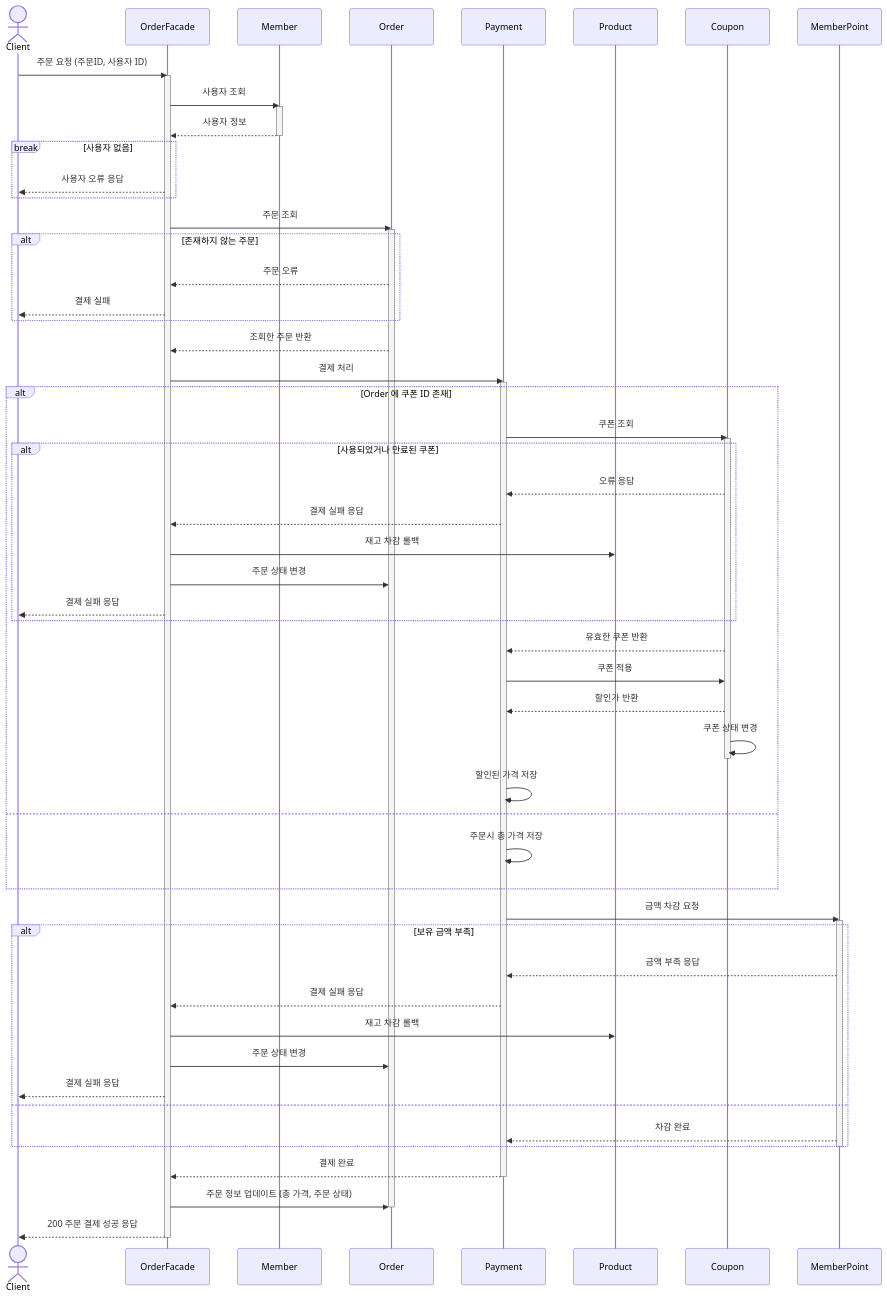
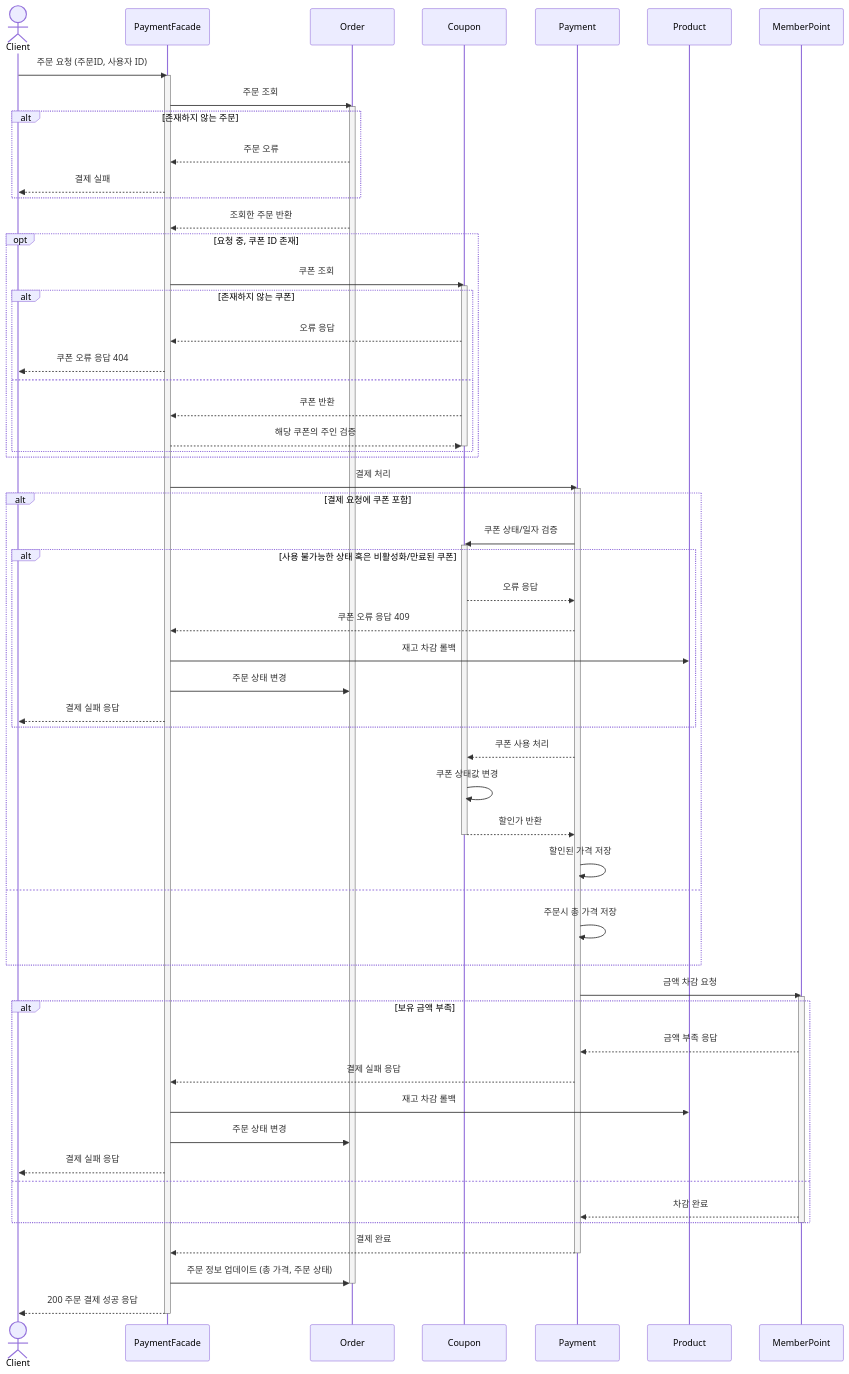
Before and after one commit to hjlee5701/e-commerce: the diagram in docs/diagram/sequence/OrderPaymentSequence.md, drawn with Mermaid. The commit also changed 4 other files, not shown here.

````diff
--- a/docs/diagram/sequence/OrderPaymentSequence.md
+++ b/docs/diagram/sequence/OrderPaymentSequence.md
@@ -3,73 +3,82 @@
 ```mermaid
 sequenceDiagram
     actor Client
-    participant OrderFacade
-    participant Member
+    participant PaymentFacade
     participant Order
+    participant Coupon
     participant Payment
     participant Product
-    participant Coupon
 
 
-    Client->>OrderFacade: 주문 요청 (주문ID, 사용자 ID)
-    activate OrderFacade
+    Client->>PaymentFacade: 주문 요청 (주문ID, 사용자 ID)
+    activate PaymentFacade
 
-    OrderFacade->>Member: 사용자 조회
-    activate Member
-    Member-->>OrderFacade: 사용자 정보
-    deactivate Member
-    break 사용자 없음
-        OrderFacade-->>Client: 사용자 오류 응답
-    end
-    OrderFacade ->> Order : 주문 조회
+%%    PaymentFacade->>Member: 사용자 조회
+%%    activate Member
+%%    Member-->>PaymentFacade: 사용자 정보
+%%    deactivate Member
+%%    break 사용자 없음
+%%        PaymentFacade-->>Client: 사용자 오류 응답
+%%    end
+    PaymentFacade ->> Order : 주문 조회
     activate Order
     alt 존재하지 않는 주문
-        Order -->> OrderFacade : 주문 오류
-        OrderFacade -->> Client : 결제 실패
+        Order -->> PaymentFacade : 주문 오류
+        PaymentFacade -->> Client : 결제 실패
     end
 
-    Order -->> OrderFacade: 조회한 주문 반환
-
-    OrderFacade->>Payment:  결제 처리
+    Order -->> PaymentFacade: 조회한 주문 반환
+    opt 요청 중, 쿠폰 ID 존재
+        PaymentFacade->>Coupon: 쿠폰 조회
+        activate Coupon
+        alt 존재하지 않는 쿠폰
+            Coupon-->>PaymentFacade: 오류 응답
+            PaymentFacade-->>Client: 쿠폰 오류 응답 404
+        else
+            Coupon-->>PaymentFacade: 쿠폰 반환
+            PaymentFacade -->> Coupon : 해당 쿠폰의 주인 검증
+            deactivate Coupon
+        end
+    end
+    PaymentFacade->>Payment:  결제 처리
     activate Payment
-    alt Order 에 쿠폰 ID 존재
-        Payment ->> Coupon : 쿠폰 조회
+    alt 결제 요청에 쿠폰 포함
+        Payment ->> Coupon : 쿠폰 상태/일자 검증
         activate Coupon
-        alt 사용되었거나 만료된 쿠폰
+        alt 사용 불가능한 상태 혹은 비활성화/만료된 쿠폰
             Coupon-->>Payment: 오류 응답
-            Payment -->> OrderFacade : 결제 실패 응답
-            OrderFacade ->> Product : 재고 차감 롤백
-            OrderFacade ->> Order : 주문 상태 변경
-            OrderFacade-->>Client: 결제 실패 응답
+            Payment -->> PaymentFacade : 쿠폰 오류 응답 409
+            PaymentFacade ->> Product : 재고 차감 롤백
+            PaymentFacade ->> Order : 주문 상태 변경
+            PaymentFacade-->>Client: 결제 실패 응답
         end
-        Coupon-->>Payment: 유효한 쿠폰 반환
-        Payment ->> Coupon : 쿠폰 적용
+        Payment-->>Coupon: 쿠폰 사용 처리
+        Coupon ->> Coupon : 쿠폰 상태값 변경
         Coupon -->> Payment : 할인가 반환
-        Coupon ->> Coupon : 쿠폰 상태 변경
         deactivate Coupon
         Payment ->> Payment : 할인된 가격 저장
     else
         Payment ->> Payment : 주문시 총 가격 저장
     end
 
     Payment->>MemberPoint: 금액 차감 요청
     activate MemberPoint
     alt 보유 금액 부족
         MemberPoint-->>Payment: 금액 부족 응답
-        Payment -->> OrderFacade : 결제 실패 응답
-        OrderFacade ->> Product : 재고 차감 롤백
-        OrderFacade ->> Order : 주문 상태 변경
-        OrderFacade-->>Client: 결제 실패 응답
+        Payment -->> PaymentFacade : 결제 실패 응답
+        PaymentFacade ->> Product : 재고 차감 롤백
+        PaymentFacade ->> Order : 주문 상태 변경
+        PaymentFacade-->>Client: 결제 실패 응답
     else
         MemberPoint-->>Payment: 차감 완료
     end
     deactivate MemberPoint
-    Payment -->> OrderFacade : 결제 완료
+    Payment -->> PaymentFacade : 결제 완료
     deactivate Payment
-    OrderFacade ->> Order : 주문 정보 업데이트 (총 가격, 주문 상태)
+    PaymentFacade ->> Order : 주문 정보 업데이트 (총 가격, 주문 상태)
     deactivate Order
-    OrderFacade -->> Client : 200 주문 결제 성공 응답
-    deactivate OrderFacade
+    PaymentFacade -->> Client : 200 주문 결제 성공 응답
+    deactivate PaymentFacade
 
 
 ```
````
